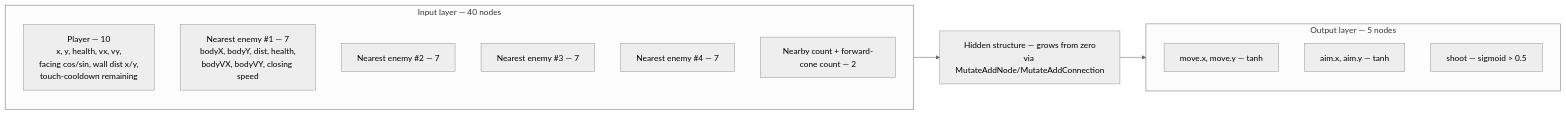
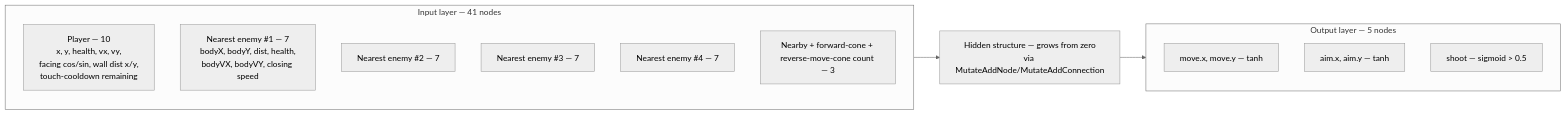
The first of 2 diagrams in ARCHITECTURE.md (nikhilCad/shooter-neuroevolution), drawn with Mermaid (neutral theme) before and after one commit. The commit also changed other lines of this file and 6 other files, not shown here.

````diff
--- a/ARCHITECTURE.md
+++ b/ARCHITECTURE.md
@@ -59,21 +60,21 @@
 ```mermaid
 flowchart LR
-    subgraph Inputs["Input layer — 40 nodes"]
+    subgraph Inputs["Input layer — 41 nodes"]
         direction TB
         P["Player — 10<br/>x, y, health, vx, vy,<br/>facing cos/sin, wall dist x/y,<br/>touch-cooldown remaining"]
         E0["Nearest enemy #1 — 7<br/>bodyX, bodyY, dist, health,<br/>bodyVX, bodyVY, closing speed"]
         E1["Nearest enemy #2 — 7"]
         E2["Nearest enemy #3 — 7"]
         E3["Nearest enemy #4 — 7"]
-        C["Nearby count + forward-cone count — 2"]
+        C["Nearby + forward-cone + reverse-move-cone count — 3"]
     end
     Inputs --> G["Hidden structure — grows from zero<br/>via MutateAddNode/MutateAddConnection"]
     G --> Outputs
 
     subgraph Outputs["Output layer — 5 nodes"]
         direction TB
         M["move.x, move.y — tanh"]
         A["aim.x, aim.y — tanh"]
         S["shoot — sigmoid > 0.5"]
     end
 ```
````
